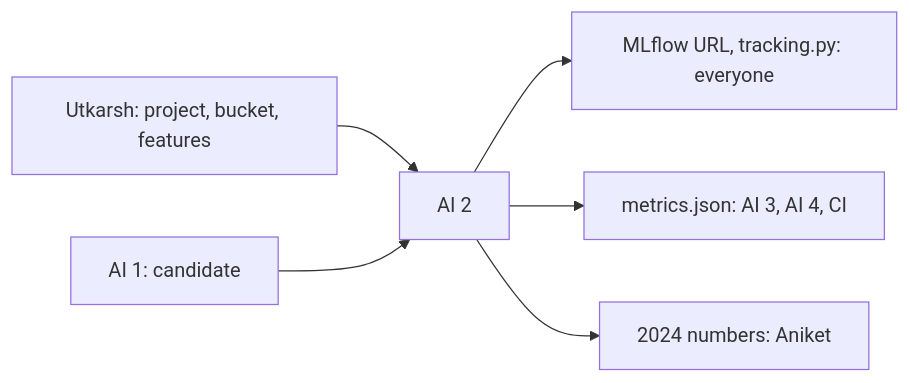
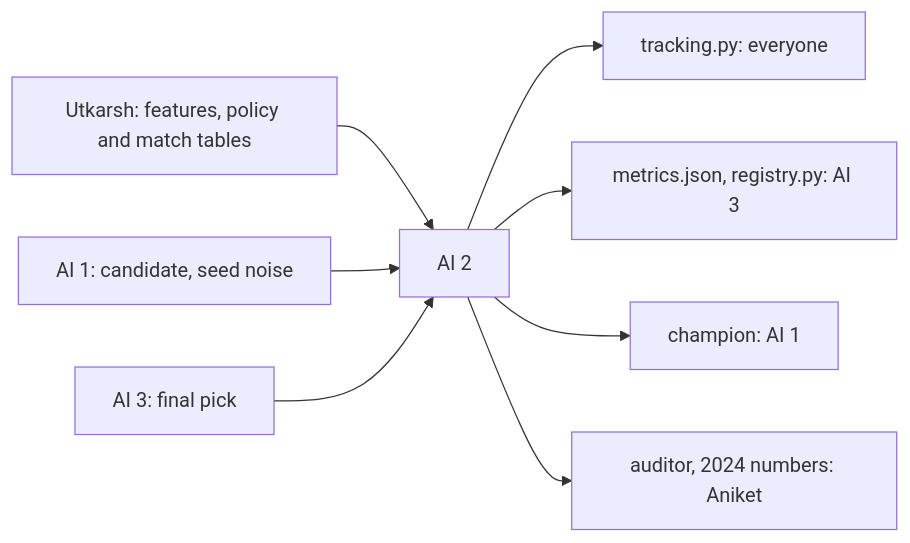
The diagram in Model-Pipeline/packets/ai2-tracking/README.md (Itsme-aniketghosh/Meridian), drawn with Mermaid before and after one commit. The commit also changed other lines of this file and 8 other files, not shown here.

````diff
--- a/Model-Pipeline/packets/ai2-tracking/README.md
+++ b/Model-Pipeline/packets/ai2-tracking/README.md
@@ -13,8 +12,10 @@
 ```mermaid
 flowchart LR
-  ut["Utkarsh: project, bucket, features"] --> me["AI 2"]
-  ai1["AI 1: candidate"] --> me
-  me --> url["MLflow URL, tracking.py: everyone"]
-  me --> metrics["metrics.json: AI 3, AI 4, CI"]
-  me --> final["2024 numbers: Aniket"]
+  ut["Utkarsh: features, policy and match tables"] --> me["AI 2"]
+  ai1["AI 1: candidate, seed noise"] --> me
+  ai3["AI 3: final pick"] --> me
+  me --> trk["tracking.py: everyone"]
+  me --> metrics["metrics.json, registry.py: AI 3"]
+  me --> champ["champion: AI 1"]
+  me --> aud["auditor, 2024 numbers: Aniket"]
 ```
````
